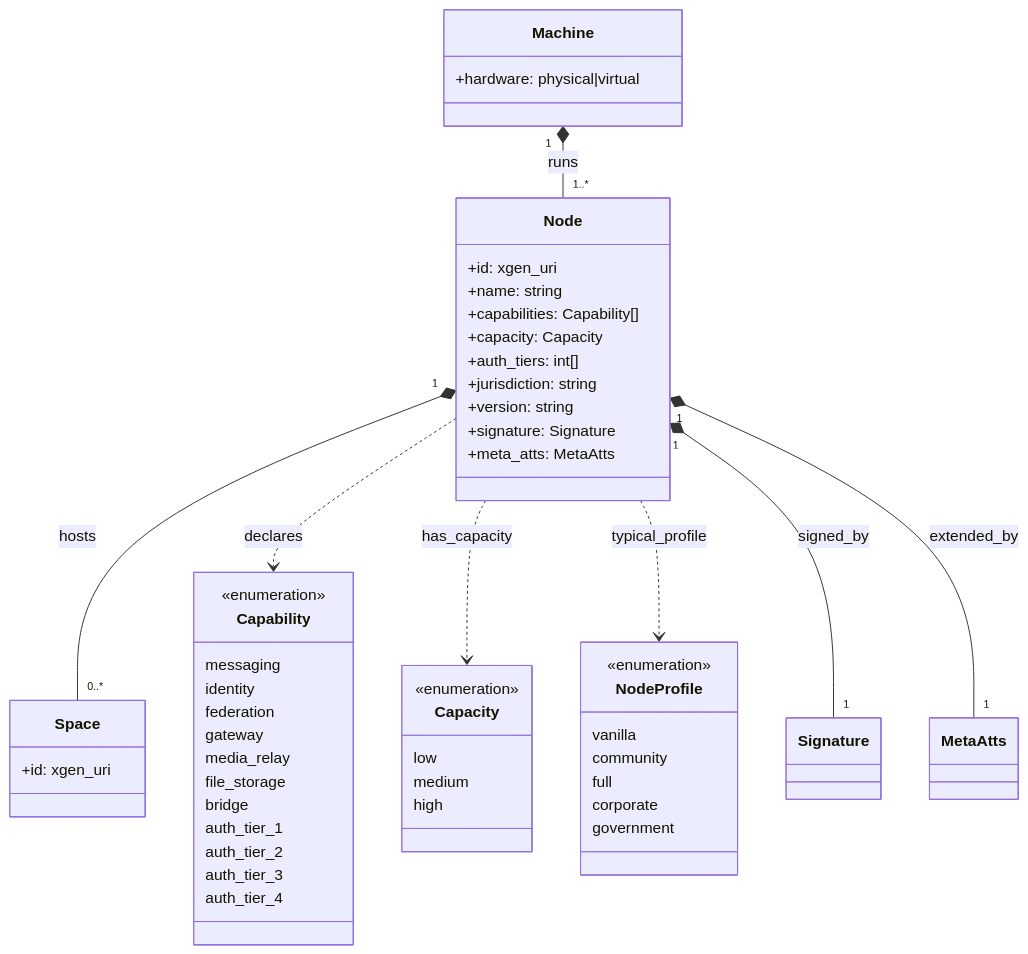
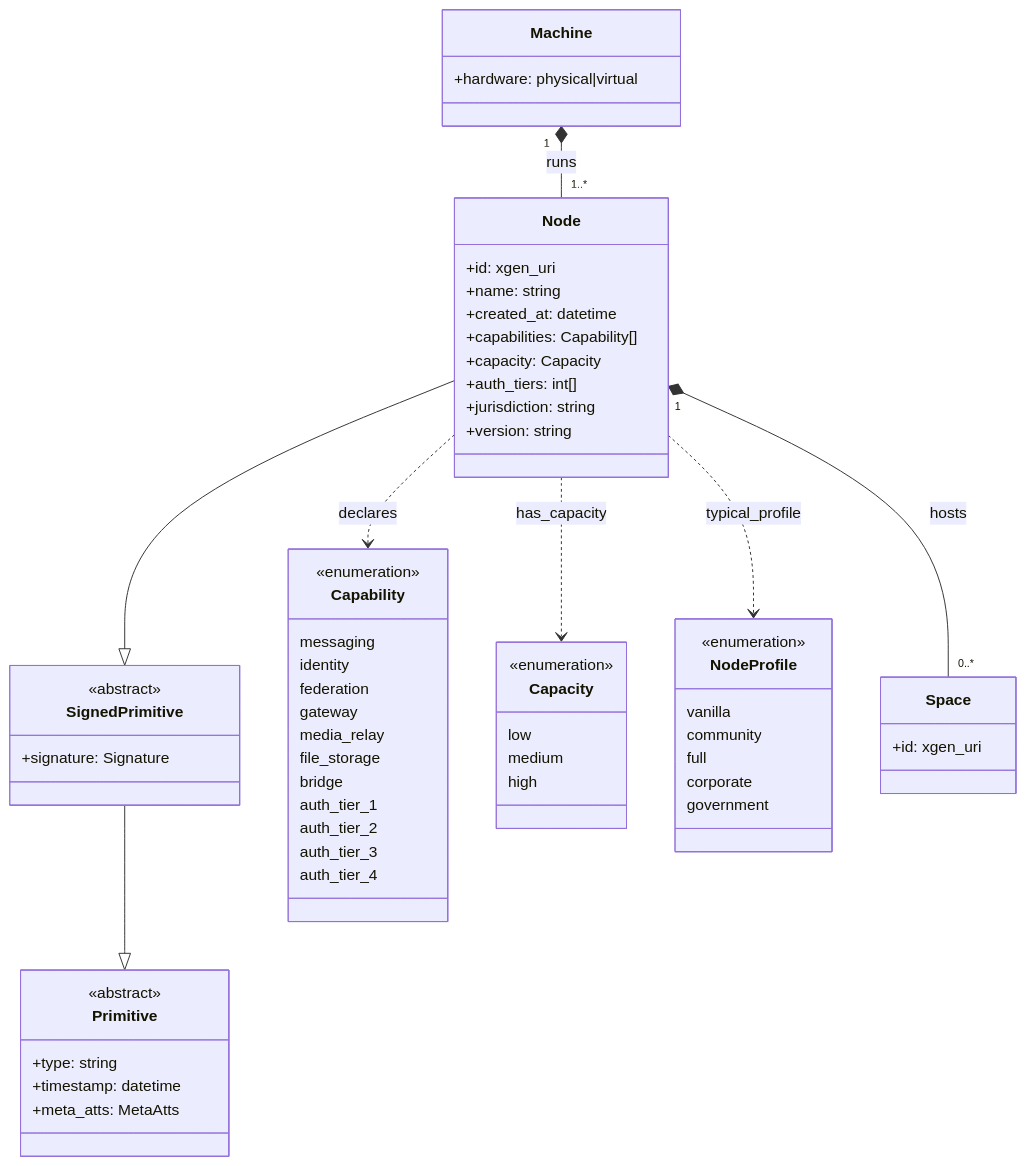
One commit to ianus777/XGenProtocol changed the seventh of 15 diagrams in docs/xgen_appendix_c_en.md. Above: the diagram before and after it, drawn with Mermaid. The commit also changed other lines of this file and 1 other file, not shown here.

````diff
--- a/docs/xgen_appendix_c_en.md
+++ b/docs/xgen_appendix_c_en.md
@@ -500,56 +613,65 @@
 ```mermaid
 classDiagram
+    class Primitive {
+        <<abstract>>
+        +type: string
+        +timestamp: datetime
+        +meta_atts: MetaAtts
+    }
+    class SignedPrimitive {
+        <<abstract>>
+        +signature: Signature
+    }
     class Node {
         +id: xgen_uri
         +name: string
+        +created_at: datetime
         +capabilities: Capability[]
         +capacity: Capacity
         +auth_tiers: int[]
         +jurisdiction: string
         +version: string
-        +signature: Signature
-        +meta_atts: MetaAtts
     }
     class Capability {
         <<enumeration>>
         messaging
         identity
         federation
         gateway
         media_relay
         file_storage
         bridge
         auth_tier_1
         auth_tier_2
         auth_tier_3
         auth_tier_4
     }
     class Capacity {
         <<enumeration>>
         low
         medium
         high
     }
     class NodeProfile {
         <<enumeration>>
         vanilla
         community
         full
         corporate
         government
     }
     class Machine {
         +hardware: physical|virtual
     }
     class Space {
         +id: xgen_uri
     }
 
+    SignedPrimitive --|> Primitive
+    Node --|> SignedPrimitive
     Machine "1" *-- "1..*" Node : runs
     Node "1" *-- "0..*" Space : hosts
     Node ..> Capability : declares
     Node ..> Capacity : has_capacity
     Node ..> NodeProfile : typical_profile
-    Node "1" *-- "1" Signature : signed_by
-    Node "1" *-- "1" MetaAtts : extended_by
 ```
````
